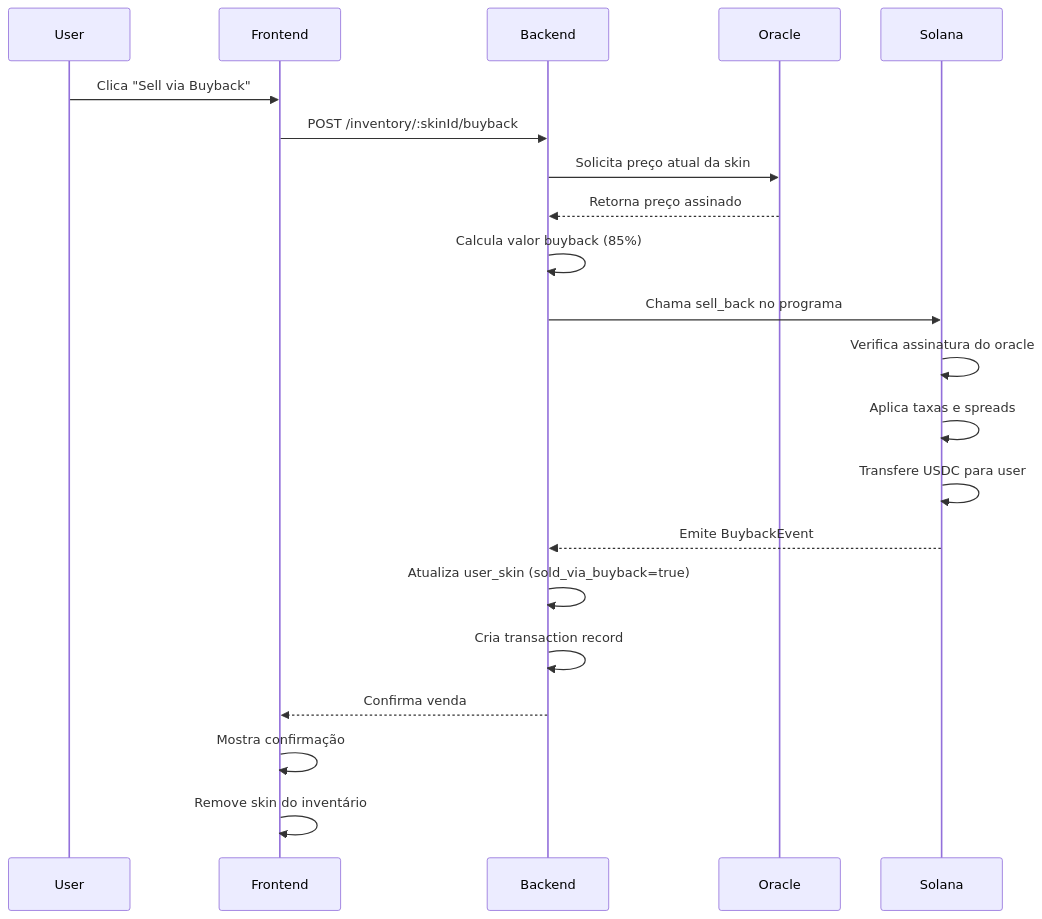
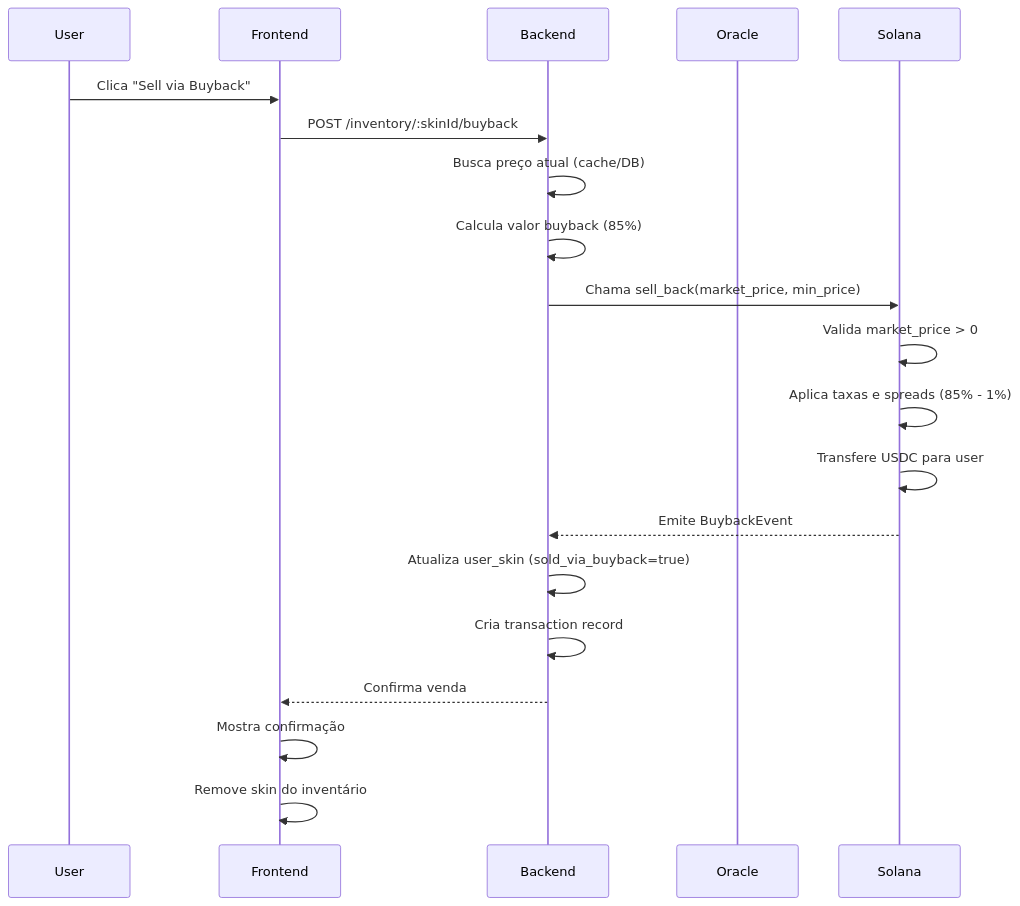
Before and after one commit to Cloak-Labz/sol-skins: the second of 4 diagrams in docs/backend-knowledge-base.md, drawn with Mermaid. The commit also changed other lines of this file and 22 other files, not shown here.

````diff
--- a/docs/backend-knowledge-base.md
+++ b/docs/backend-knowledge-base.md
@@ -694,24 +694,23 @@
 ```mermaid
 sequenceDiagram
     participant U as User
     participant F as Frontend
     participant B as Backend
     participant O as Oracle
     participant S as Solana
 
     U->>F: Clica "Sell via Buyback"
     F->>B: POST /inventory/:skinId/buyback
-    B->>O: Solicita preço atual da skin
-    O-->>B: Retorna preço assinado
+    B->>B: Busca preço atual (cache/DB)
     B->>B: Calcula valor buyback (85%)
-    B->>S: Chama sell_back no programa
-    S->>S: Verifica assinatura do oracle
-    S->>S: Aplica taxas e spreads
+    B->>S: Chama sell_back(market_price, min_price)
+    S->>S: Valida market_price > 0
+    S->>S: Aplica taxas e spreads (85% - 1%)
     S->>S: Transfere USDC para user
     S-->>B: Emite BuybackEvent
     B->>B: Atualiza user_skin (sold_via_buyback=true)
     B->>B: Cria transaction record
     B-->>F: Confirma venda
     F->>F: Mostra confirmação
     F->>F: Remove skin do inventário
 ```
````
